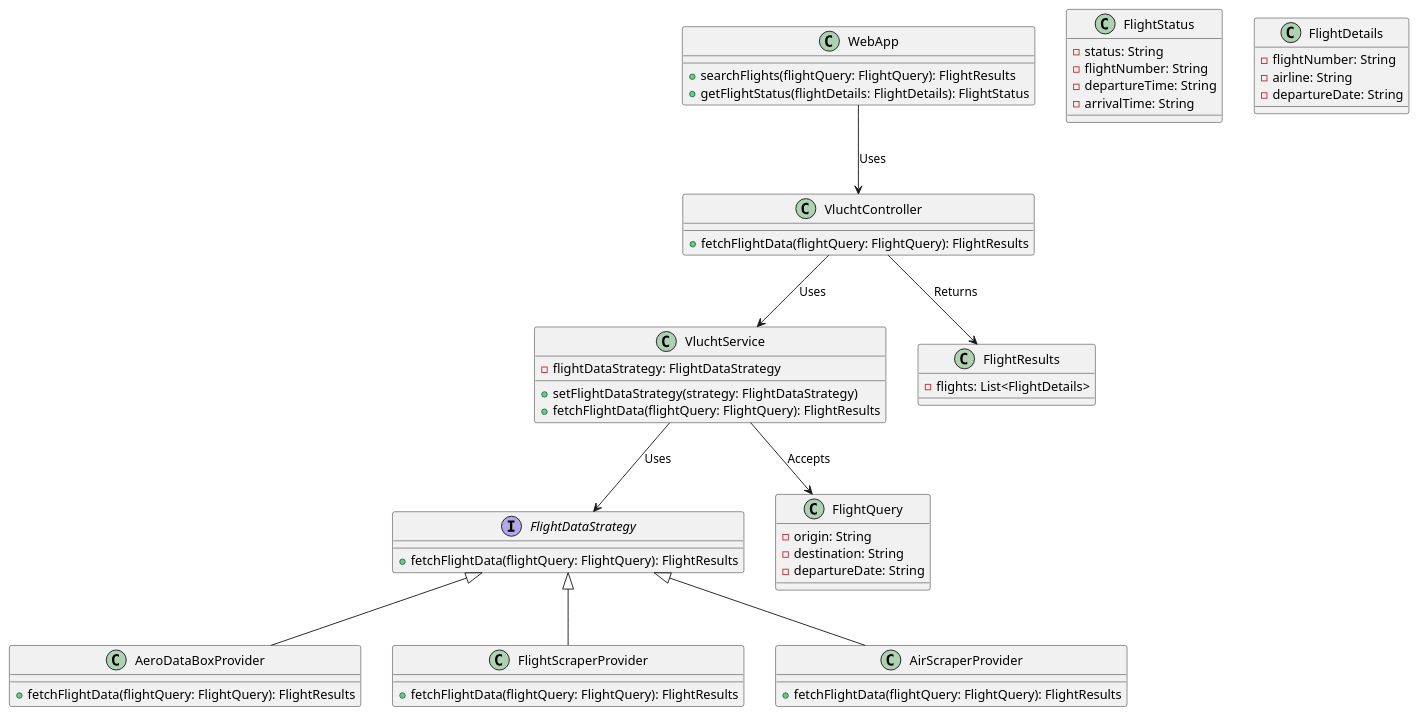
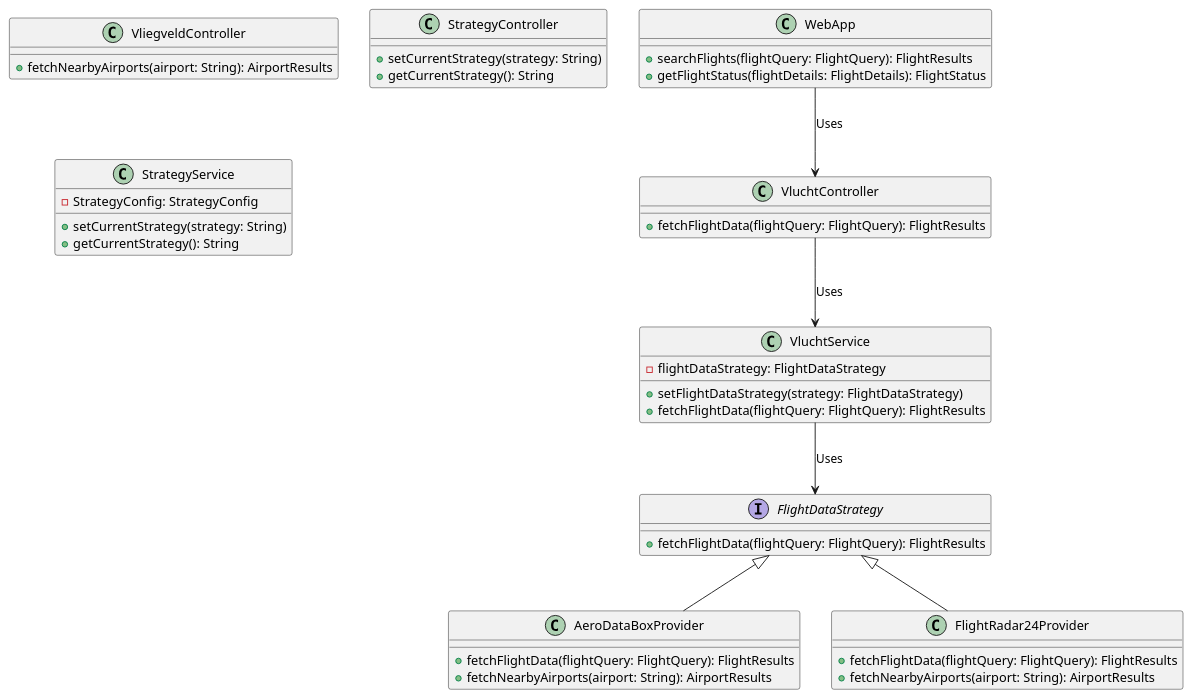
Before and after one commit to AIM-ENE-feb25/triptop-groep-b2: the diagram in classDiagramQuestion.puml, drawn with PlantUML. The commit also changed 30 other files, not shown here.

```diff
--- a/classDiagramQuestion.puml
+++ b/classDiagramQuestion.puml
@@ -1,70 +1,56 @@
 @startuml
 'https://plantuml.com/class-diagram
 
 class WebApp {
     +searchFlights(flightQuery: FlightQuery): FlightResults
     +getFlightStatus(flightDetails: FlightDetails): FlightStatus
 }
 
 class VluchtController {
     +fetchFlightData(flightQuery: FlightQuery): FlightResults
 }
 
+class VliegveldController {
+    +fetchNearbyAirports(airport: String): AirportResults
+}
+
+class StrategyController {
+    +setCurrentStrategy(strategy: String)
+    +getCurrentStrategy(): String
+}
+
 class VluchtService {
     -flightDataStrategy: FlightDataStrategy
     +setFlightDataStrategy(strategy: FlightDataStrategy)
     +fetchFlightData(flightQuery: FlightQuery): FlightResults
+}
+
+class StrategyService {
+    -StrategyConfig: StrategyConfig
+    +setCurrentStrategy(strategy: String)
+    +getCurrentStrategy(): String
 }
 
 interface FlightDataStrategy {
     +fetchFlightData(flightQuery: FlightQuery): FlightResults
 }
 
 class AeroDataBoxProvider {
     +fetchFlightData(flightQuery: FlightQuery): FlightResults
+    +fetchNearbyAirports(airport: String): AirportResults
 }
 
-class FlightScraperProvider {
+class FlightRadar24Provider {
     +fetchFlightData(flightQuery: FlightQuery): FlightResults
+    +fetchNearbyAirports(airport: String): AirportResults
 }
-
-class AirScraperProvider {
-    +fetchFlightData(flightQuery: FlightQuery): FlightResults
-}
-
-class FlightStatus {
-    -status: String
-    -flightNumber: String
-    -departureTime: String
-    -arrivalTime: String
-}
-
-class FlightDetails {
-    -flightNumber: String
-    -airline: String
-    -departureDate: String
-}
-
-class FlightQuery {
-    -origin: String
-    -destination: String
-    -departureDate: String
-}
-
-class FlightResults {
-    -flights: List<FlightDetails>
-}
-
 
 ' Relationships
 WebApp --> VluchtController : "Uses"
 VluchtController --> VluchtService : "Uses"
 VluchtService --> FlightDataStrategy : "Uses"
-VluchtService --> FlightQuery : "Accepts"
-VluchtController --> FlightResults : "Returns"
 
 FlightDataStrategy <|-- AeroDataBoxProvider
-FlightDataStrategy <|-- FlightScraperProvider
-FlightDataStrategy <|-- AirScraperProvider
+FlightDataStrategy <|-- FlightRadar24Provider
 
 @enduml
```
